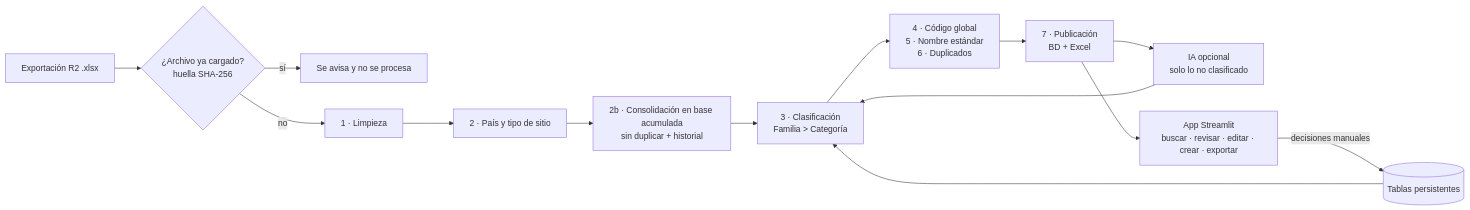
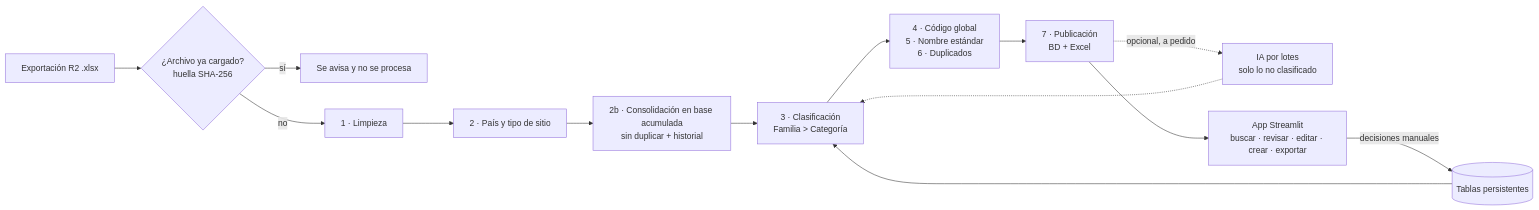
Before and after one commit to VichoRamirez/RLA_Estandarizacion_Productos: the first of 2 diagrams in README.md, drawn with Mermaid. The commit also changed other lines of this file and 4 other files, not shown here.

````diff
--- a/README.md
+++ b/README.md
@@ -64,16 +64,16 @@
 ```mermaid
 flowchart LR
     A[Exportación R2 .xlsx] --> B{¿Archivo ya cargado?<br/>huella SHA-256}
     B -- sí --> X[Se avisa y no se procesa]
     B -- no --> C[1 · Limpieza]
     C --> D[2 · País y tipo de sitio]
     D --> E[2b · Consolidación en base acumulada<br/>sin duplicar + historial]
     E --> F[3 · Clasificación<br/>Familia > Categoría]
     F --> G[4 · Código global<br/>5 · Nombre estándar<br/>6 · Duplicados]
     G --> H[7 · Publicación<br/>BD + Excel]
-    H --> I[IA opcional<br/>solo lo no clasificado]
-    I --> F
+    H -. opcional, a pedido .-> I[IA por lotes<br/>solo lo no clasificado]
+    I -.-> F
     H --> J[App Streamlit<br/>buscar · revisar · editar · crear · exportar]
     J -- decisiones manuales --> K[(Tablas persistentes)]
     K --> F
 ```
````
